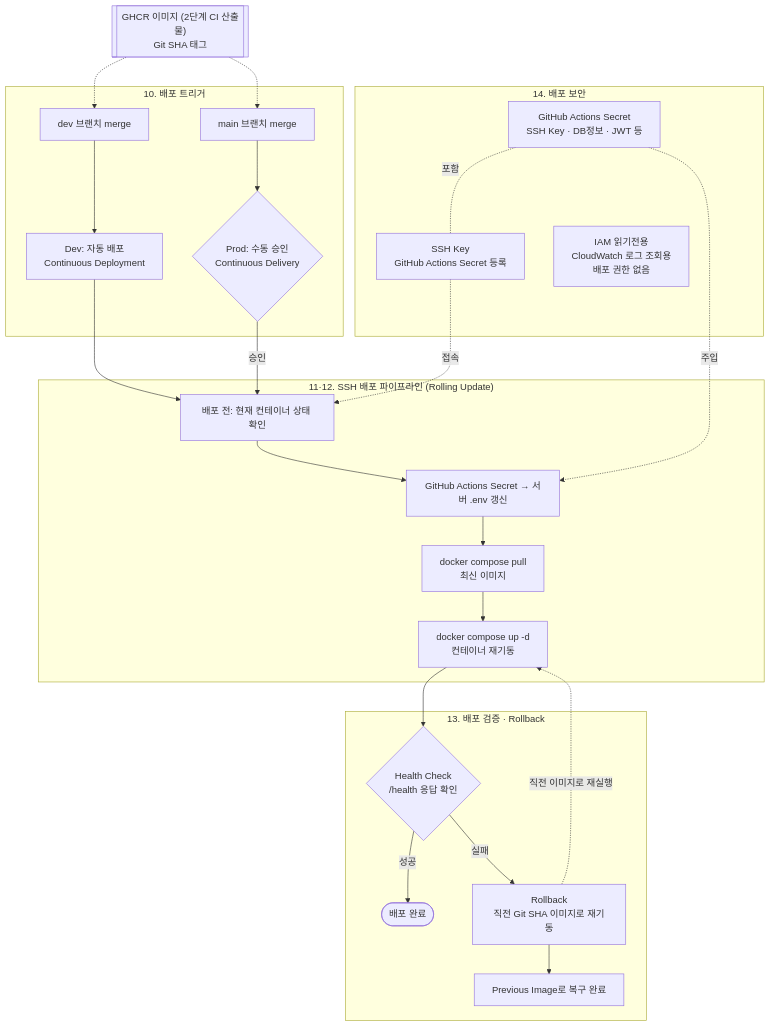
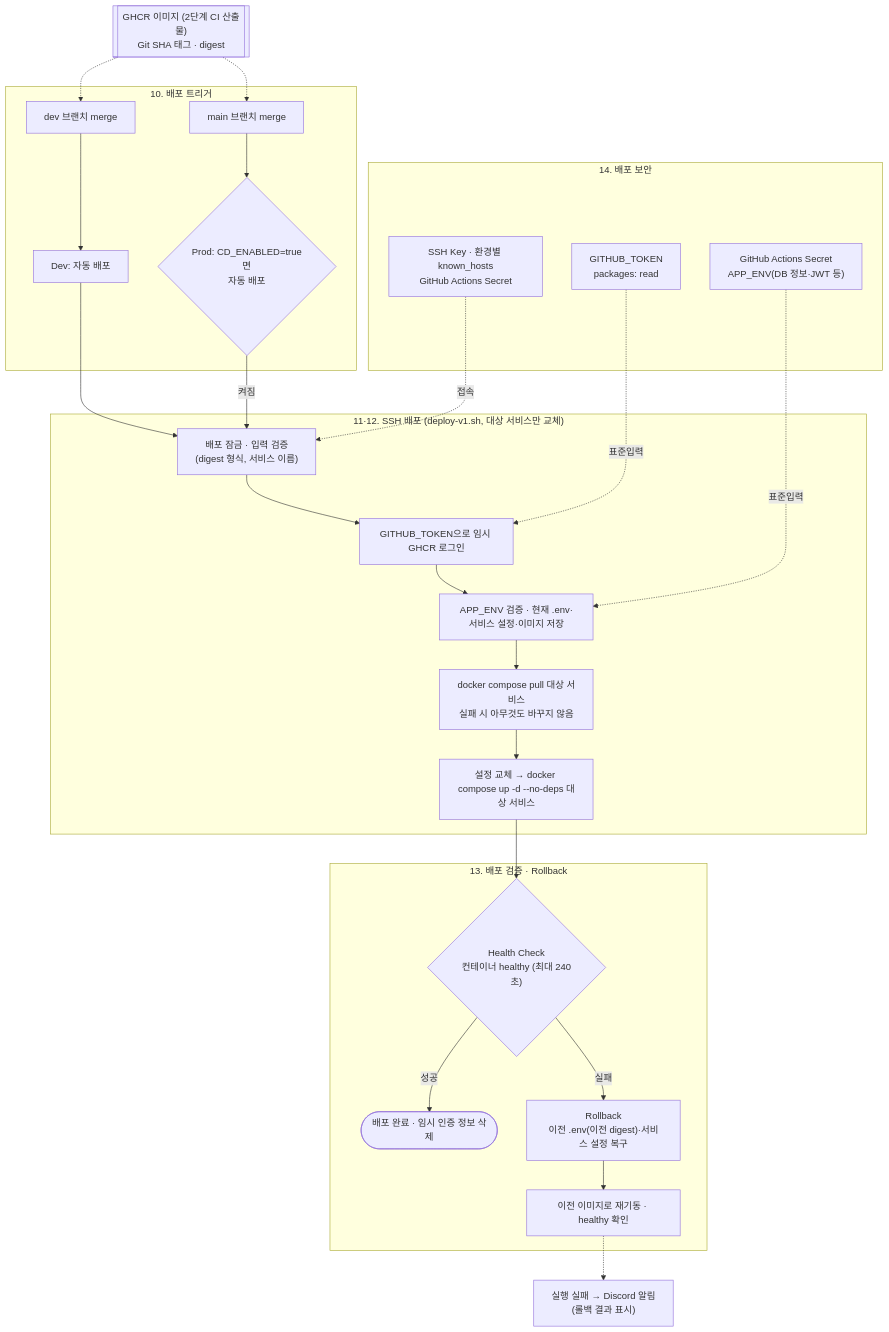
Before and after one commit to 100-hours-a-week/KTB4-5th-CLOUD: the diagram in docs/design/wiki/ktb4-cloud-wiki-cd.md, drawn with Mermaid. The commit also changed other lines of this file and 12 other files, not shown here.

````diff
--- a/docs/design/wiki/ktb4-cloud-wiki-cd.md
+++ b/docs/design/wiki/ktb4-cloud-wiki-cd.md
@@ -26,50 +27,51 @@
 ```mermaid
 flowchart TB
-    CIImage[["GHCR 이미지 (2단계 CI 산출물)<br/>Git SHA 태그"]]
+    CIImage[["GHCR 이미지 (2단계 CI 산출물)<br/>Git SHA 태그 · digest"]]
 
     subgraph TRIGGER["10. 배포 트리거"]
         DevMerge["dev 브랜치 merge"]
         MainMerge["main 브랜치 merge"]
-        DevAuto["Dev: 자동 배포<br/>Continuous Deployment"]
-        ProdApproval{"Prod: 수동 승인<br/>Continuous Delivery"}
+        DevAuto["Dev: 자동 배포"]
+        ProdAuto{"Prod: CD_ENABLED=true면<br/>자동 배포"}
         DevMerge --> DevAuto
-        MainMerge --> ProdApproval
+        MainMerge --> ProdAuto
     end
 
     CIImage -.-> DevMerge
     CIImage -.-> MainMerge
 
-    subgraph PIPE["11·12. SSH 배포 파이프라인 (Rolling Update)"]
-        PreCheck["배포 전: 현재 컨테이너 상태 확인"]
-        EnvUpdate["GitHub Actions Secret → 서버 .env 갱신"]
-        Pull["docker compose pull<br/>최신 이미지"]
-        Up["docker compose up -d<br/>컨테이너 재기동"]
-        PreCheck --> EnvUpdate --> Pull --> Up
+    subgraph PIPE["11·12. SSH 배포 (deploy-v1.sh, 대상 서비스만 교체)"]
+        Lock["배포 잠금 · 입력 검증<br/>(digest 형식, 서비스 이름)"]
+        Login["GITHUB_TOKEN으로 임시 GHCR 로그인"]
+        EnvCheck["APP_ENV 검증 · 현재 .env·서비스 설정·이미지 저장"]
+        Pull["docker compose pull 대상 서비스<br/>실패 시 아무것도 바꾸지 않음"]
+        Up["설정 교체 → docker compose up -d --no-deps 대상 서비스"]
+        Lock --> Login --> EnvCheck --> Pull --> Up
     end
 
-    DevAuto --> PreCheck
-    ProdApproval -->|승인| PreCheck
+    DevAuto --> Lock
+    ProdAuto -->|켜짐| Lock
 
     subgraph VERIFY["13. 배포 검증 · Rollback"]
-        Health{"Health Check<br/>/health 응답 확인"}
-        Success(["배포 완료"])
-        Rollback["Rollback<br/>직전 Git SHA 이미지로 재기동"]
-        PrevImage["Previous Image로 복구 완료"]
+        Health{"Health Check<br/>컨테이너 healthy (최대 240초)"}
+        Success(["배포 완료 · 임시 인증 정보 삭제"])
+        Rollback["Rollback<br/>이전 .env(이전 digest)·서비스 설정 복구"]
+        PrevImage["이전 이미지로 재기동 · healthy 확인"]
         Health -->|성공| Success
         Health -->|실패| Rollback
         Rollback --> PrevImage
     end
 
     Up --> Health
-    Rollback -.직전 이미지로 재실행.-> Up
+    PrevImage -.-> Notify["실행 실패 → Discord 알림<br/>(롤백 결과 표시)"]
 
     subgraph SEC["14. 배포 보안"]
-        SSHKey["SSH Key<br/>GitHub Actions Secret 등록"]
-        GHSecret["GitHub Actions Secret<br/>SSH Key · DB정보 · JWT 등"]
-        IAMLog["IAM 읽기전용<br/>CloudWatch 로그 조회용<br/>배포 권한 없음"]
-        GHSecret -.포함.- SSHKey
+        SSHKey["SSH Key · 환경별 known_hosts<br/>GitHub Actions Secret"]
+        GHSecret["GitHub Actions Secret<br/>APP_ENV(DB 정보·JWT 등)"]
+        Token["GITHUB_TOKEN<br/>packages: read"]
     end
 
-    GHSecret -.주입.-> EnvUpdate
-    SSHKey -.접속.-> PreCheck
+    GHSecret -.표준입력.-> EnvCheck
+    Token -.표준입력.-> Login
+    SSHKey -.접속.-> Lock
 ```
````
